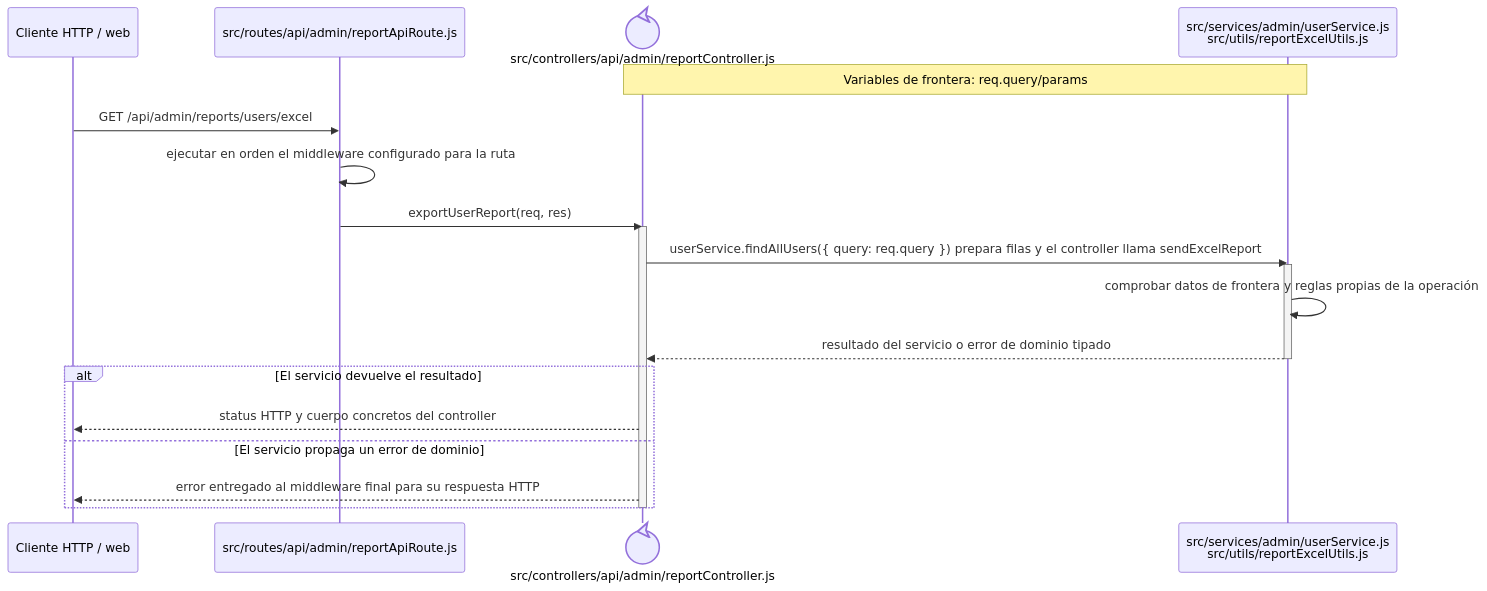
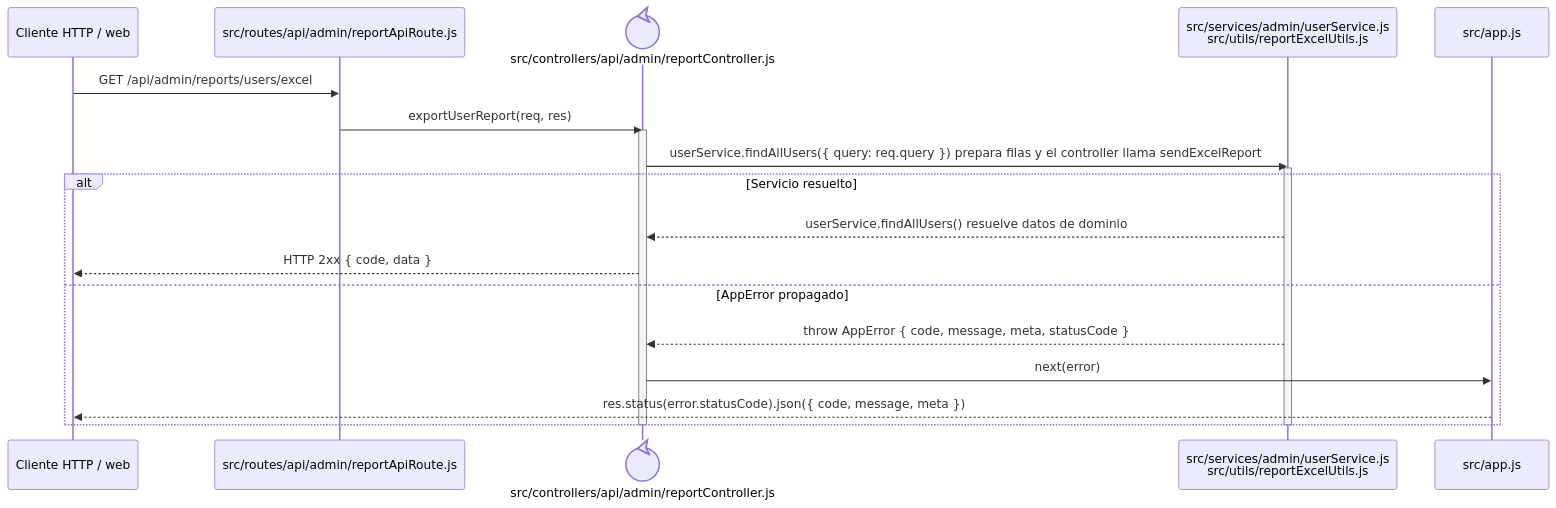
Before and after one commit to gpgsistemas01/nexus: the diagram in docs/architecture/backend-code-sequences/identity-access/cu-ida-09.md, drawn with Mermaid. The commit also changed 148 other files, not shown here.

````diff
--- a/docs/architecture/backend-code-sequences/identity-access/cu-ida-09.md
+++ b/docs/architecture/backend-code-sequences/identity-access/cu-ida-09.md
@@ -6,24 +6,24 @@
 ```mermaid
 sequenceDiagram
     participant Client as Cliente HTTP / web
     participant Route as src/routes/api/admin/reportApiRoute.js
     participant Controller@{ "type": "control" } as src/controllers/api/admin/reportController.js
     participant Domain as src/services/admin/userService.js<br/>src/utils/reportExcelUtils.js
-    Note over Controller,Domain: Variables de frontera: req.query/params
+    participant ErrorHandler as src/app.js
 
     Client->>Route: GET /api/admin/reports/users/excel
-    Route->>Route: ejecutar en orden el middleware configurado para la ruta
     Route->>Controller: exportUserReport(req, res)
     activate Controller
     Controller->>Domain: userService.findAllUsers({ query: req.query }) prepara filas y el controller llama sendExcelReport
     activate Domain
-    Domain->>Domain: comprobar datos de frontera y reglas propias de la operación
-    Domain-->>Controller: resultado del servicio o error de dominio tipado
+    alt Servicio resuelto
+        Domain-->>Controller: userService.findAllUsers() resuelve datos de dominio
+        Controller-->>Client: HTTP 2xx { code, data }
+    else AppError propagado
+        Domain-->>Controller: throw AppError { code, message, meta, statusCode }
+        Controller->>ErrorHandler: next(error)
+        ErrorHandler-->>Client: res.status(error.statusCode).json({ code, message, meta })
+    end
     deactivate Domain
-    alt El servicio devuelve el resultado
-        Controller-->>Client: status HTTP y cuerpo concretos del controller
-    else El servicio propaga un error de dominio
-        Controller-->>Client: error entregado al middleware final para su respuesta HTTP
-    end
     deactivate Controller
 ```
````
